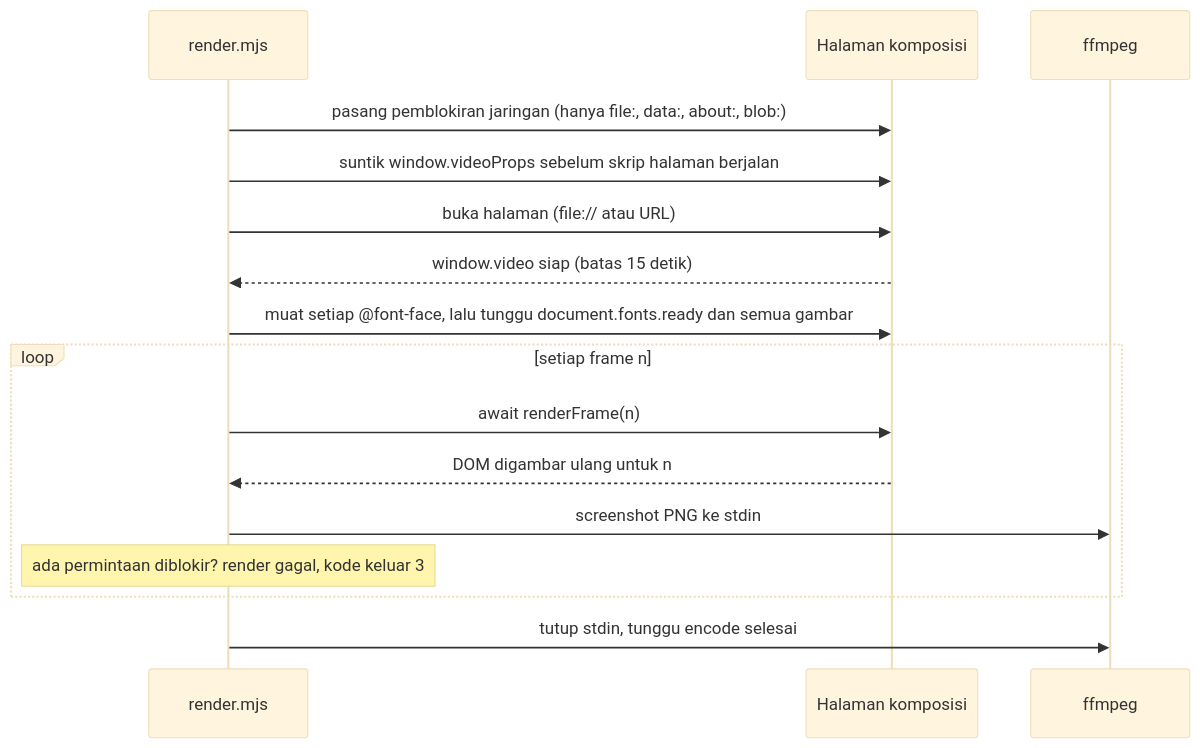
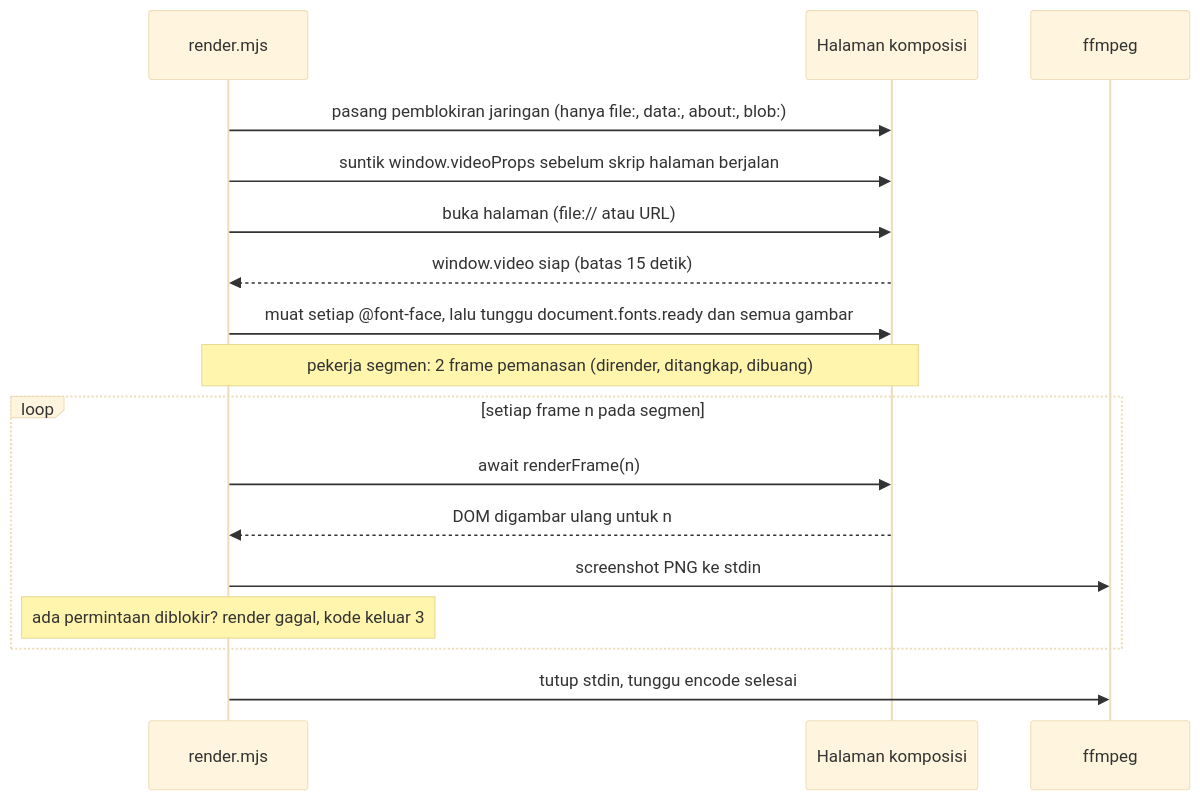
The second of 3 diagrams in docs/arsitektur.md (ahliweb/awvd), drawn with Mermaid (base theme) before and after one commit. The commit also changed other lines of this file and 7 other files, not shown here.

First line of the commit message:
feat: render lewat segmen tetap dengan pekerja paralel (--paralel), pemanasan 2 frame, dan --tangkap jpeg draf

````diff
--- a/docs/arsitektur.md
+++ b/docs/arsitektur.md
@@ -51,18 +53,19 @@
 ```mermaid
 sequenceDiagram
     participant R as render.mjs
     participant H as Halaman komposisi
     participant F as ffmpeg
     R->>H: pasang pemblokiran jaringan (hanya file:, data:, about:, blob:)
     R->>H: suntik window.videoProps sebelum skrip halaman berjalan
     R->>H: buka halaman (file:// atau URL)
     H-->>R: window.video siap (batas 15 detik)
     R->>H: muat setiap @font-face, lalu tunggu document.fonts.ready dan semua gambar
-    loop setiap frame n
+    Note over R,H: pekerja segmen: 2 frame pemanasan (dirender, ditangkap, dibuang)
+    loop setiap frame n pada segmen
         R->>H: await renderFrame(n)
         H-->>R: DOM digambar ulang untuk n
         R->>F: screenshot PNG ke stdin
         Note over R: ada permintaan diblokir? render gagal, kode keluar 3
     end
     R->>F: tutup stdin, tunggu encode selesai
 ```
````
